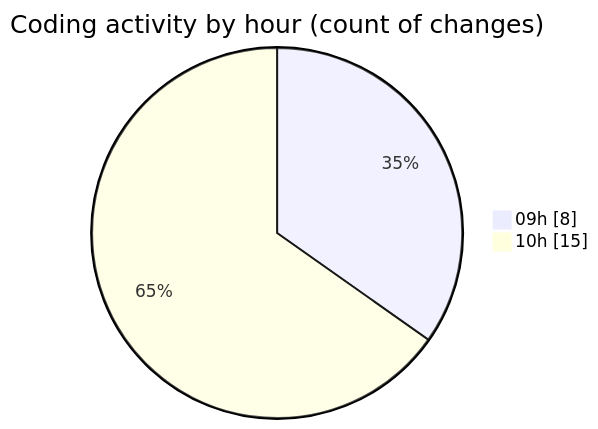
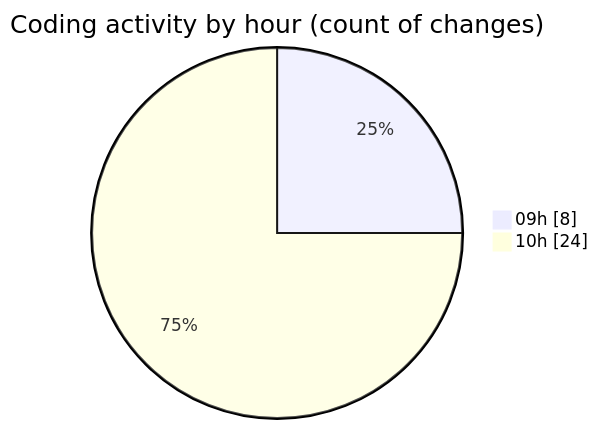
One commit to CELIANVF/code-tracking changed the second of 2 diagrams in 2025-06-03/ecodeli-1/README.md. Above: the diagram before and after it, drawn with Mermaid. The commit also changed other lines of this file and 1 other file, not shown here.

````diff
--- a/2025-06-03/ecodeli-1/README.md
+++ b/2025-06-03/ecodeli-1/README.md
@@ -41,6 +48,6 @@
 ```mermaid
 pie showData
 title Coding activity by hour (count of changes)
 "09h" : 8
-"10h" : 15
+"10h" : 24
 ```
````
